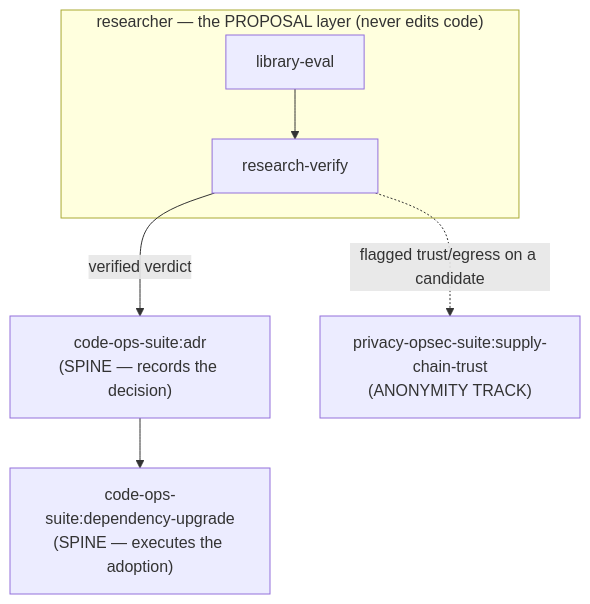
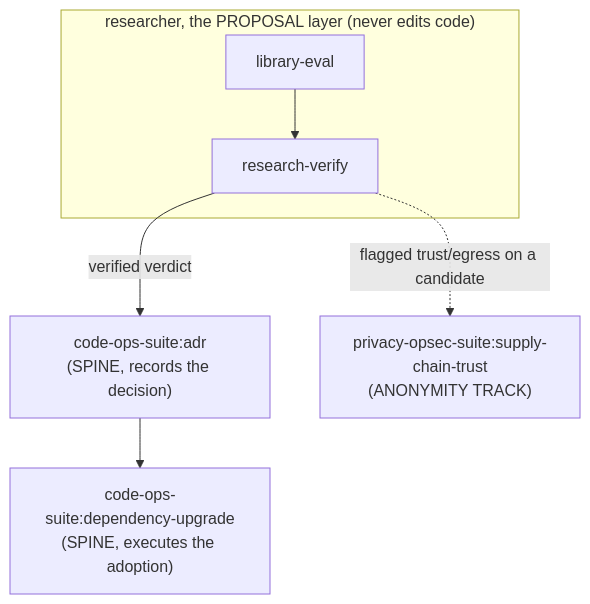
The second of 2 diagrams in code-ops-docs/70 Guides/research-a-library-choice.md (skylarsabo/code-ops), drawn with Mermaid before and after one commit. The commit also changed other lines of this file and 56 other files, not shown here.

````diff
--- a/code-ops-docs/70 Guides/research-a-library-choice.md
+++ b/code-ops-docs/70 Guides/research-a-library-choice.md
@@ -239,9 +332,9 @@
 ```mermaid
 flowchart TB
-  subgraph PROPOSAL["researcher — the PROPOSAL layer (never edits code)"]
+  subgraph PROPOSAL["researcher, the PROPOSAL layer (never edits code)"]
     le[library-eval] --> rv[research-verify]
   end
-  rv -->|verified verdict| adr["code-ops-suite:adr<br/>(SPINE — records the decision)"]
-  adr --> dep["code-ops-suite:dependency-upgrade<br/>(SPINE — executes the adoption)"]
+  rv -->|verified verdict| adr["code-ops-suite:adr<br/>(SPINE, records the decision)"]
+  adr --> dep["code-ops-suite:dependency-upgrade<br/>(SPINE, executes the adoption)"]
   rv -.->|flagged trust/egress on a candidate| sct["privacy-opsec-suite:supply-chain-trust<br/>(ANONYMITY TRACK)"]
 ```
````
